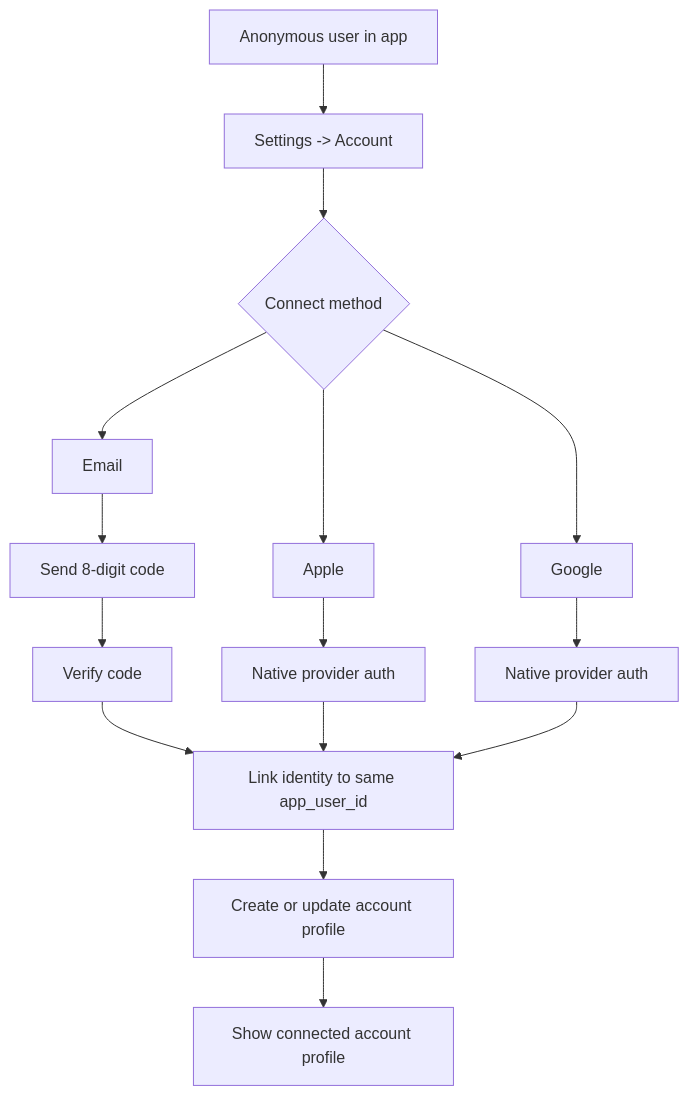
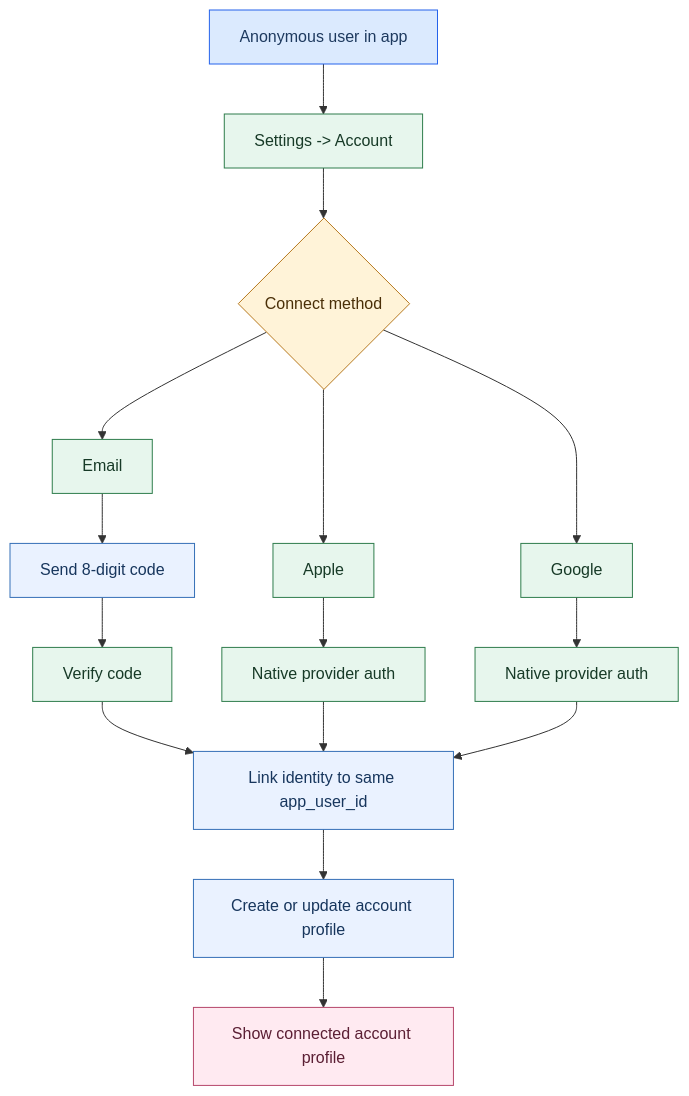
Before and after one commit to asymfermion/tailo-monolith: the third of 7 diagrams in docs/architecture/authentication-and-account-flows.md, drawn with Mermaid. The commit also changed other lines of this file and 166 other files, not shown here.

````diff
--- a/docs/architecture/authentication-and-account-flows.md
+++ b/docs/architecture/authentication-and-account-flows.md
@@ -109,17 +250,29 @@
 ```mermaid
 flowchart TD
   A[Anonymous user in app] --> B[Settings -> Account]
   B --> C{Connect method}
   C --> D[Email]
   C --> E[Apple]
   C --> F[Google]
   D --> G[Send 8-digit code]
   G --> H[Verify code]
   E --> I[Native provider auth]
   F --> J[Native provider auth]
   H --> K[Link identity to same app_user_id]
   I --> K
   J --> K
   K --> L[Create or update account profile]
   L --> M[Show connected account profile]
+
+  classDef userAction fill:#e7f6ed,stroke:#2f7d4c,color:#173a27,stroke-width:1px
+  classDef appAction fill:#eaf2ff,stroke:#3570b7,color:#17365d,stroke-width:1px
+  classDef decision fill:#fff3d8,stroke:#b7791f,color:#4a2f08,stroke-width:1px
+  classDef anonymousAccount fill:#dbeafe,stroke:#2563eb,color:#1e3a5f,stroke-width:1px
+  classDef linkedAccount fill:#ffeaf1,stroke:#b6476b,color:#5b1f34,stroke-width:1px
+
+  class A anonymousAccount
+  class B,D,E,F,H,I,J userAction
+  class G,K,L appAction
+  class C decision
+  class M linkedAccount
 ```
````
